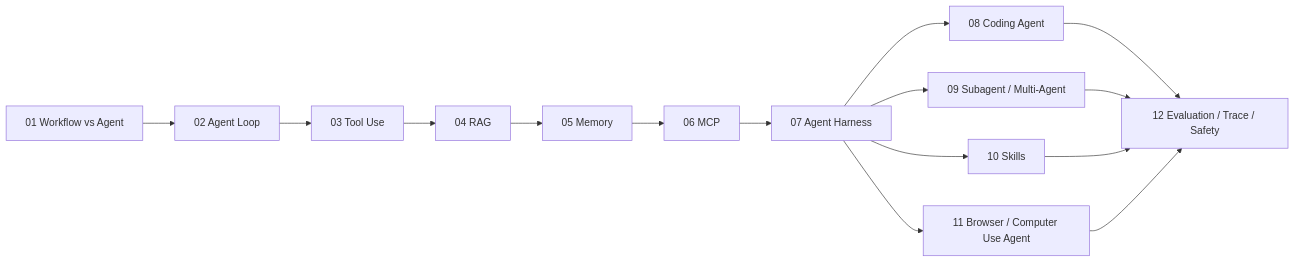
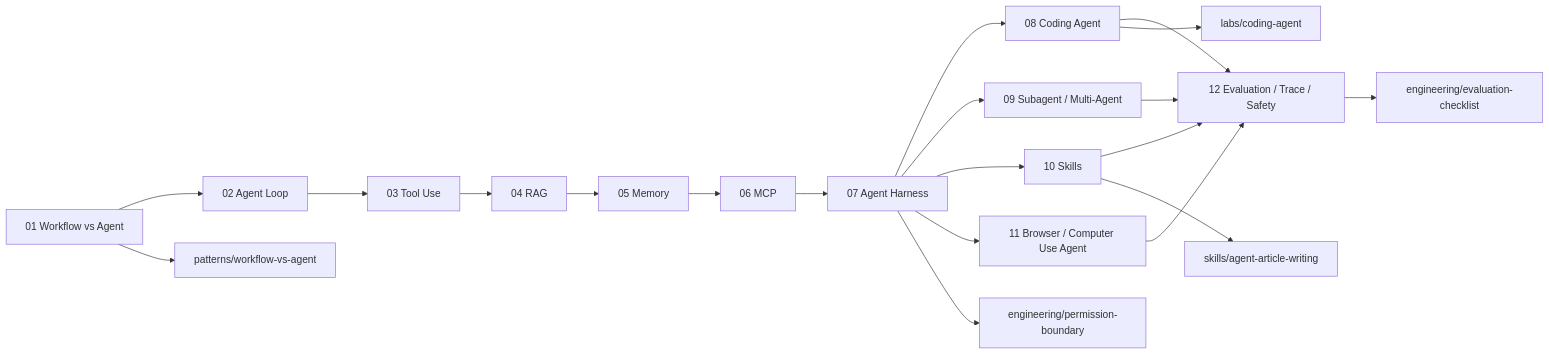
Before and after one commit to pittosporum-seu/Learning_Agent: the second of 3 diagrams in docs/document-graph.md, drawn with Mermaid. The commit also changed other lines of this file and 11 other files, not shown here.

````diff
--- a/docs/document-graph.md
+++ b/docs/document-graph.md
@@ -41,17 +46,23 @@
 ```mermaid
 flowchart LR
     D01["01 Workflow vs Agent"] --> D02["02 Agent Loop"]
     D02 --> D03["03 Tool Use"]
     D03 --> D04["04 RAG"]
     D04 --> D05["05 Memory"]
     D05 --> D06["06 MCP"]
     D06 --> D07["07 Agent Harness"]
     D07 --> D08["08 Coding Agent"]
     D07 --> D09["09 Subagent / Multi-Agent"]
     D07 --> D10["10 Skills"]
     D07 --> D11["11 Browser / Computer Use Agent"]
     D08 --> D12["12 Evaluation / Trace / Safety"]
     D09 --> D12
     D10 --> D12
     D11 --> D12
+
+    D01 --> P1["patterns/workflow-vs-agent"]
+    D07 --> E1["engineering/permission-boundary"]
+    D08 --> L1["labs/coding-agent"]
+    D10 --> S1["skills/agent-article-writing"]
+    D12 --> E2["engineering/evaluation-checklist"]
 ```
````
